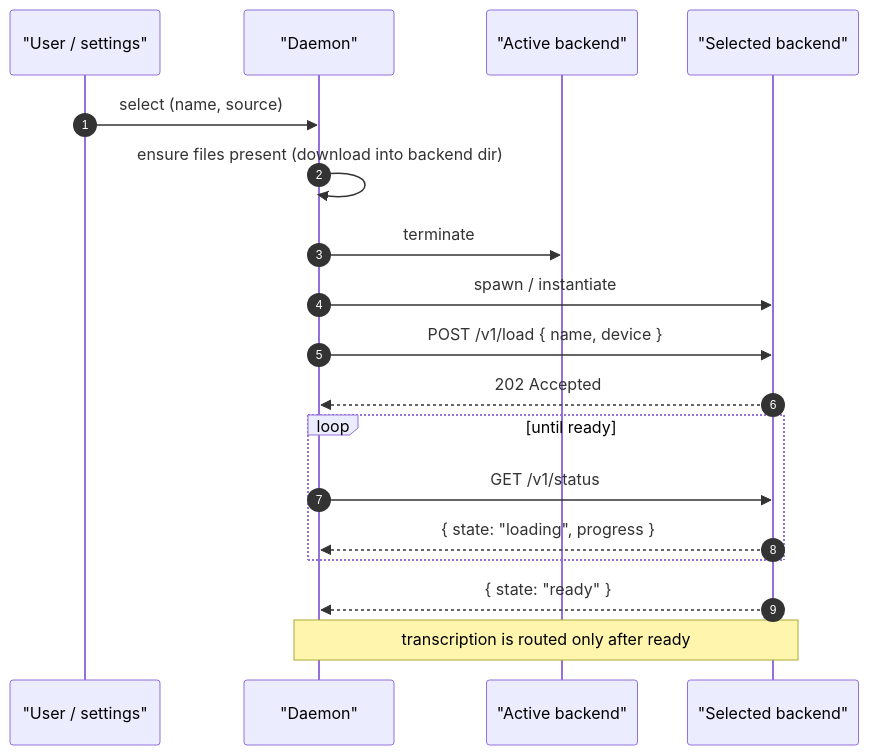
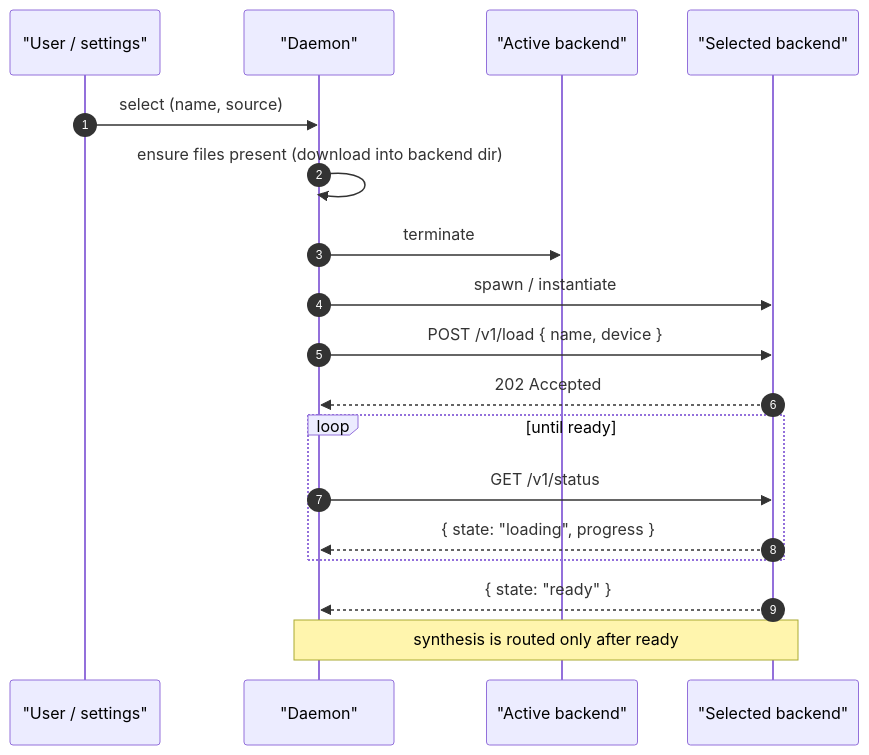
The second of 2 diagrams in docs/protocol/backend/contract.md (super-libre/super-tts), drawn with Mermaid before and after one commit. The commit also changed other lines of this file and 268 other files, not shown here.

````diff
--- a/docs/protocol/backend/contract.md
+++ b/docs/protocol/backend/contract.md
@@ -388,21 +391,21 @@
 ```mermaid
 sequenceDiagram
     autonumber
     participant U as "User / settings"
     participant D as "Daemon"
     participant A as "Active backend"
     participant B as "Selected backend"
 
     U->>D: select (name, source)
     D->>D: ensure files present (download into backend dir)
     D->>A: terminate
     D->>B: spawn / instantiate
     D->>B: POST /v1/load { name, device }
     B-->>D: 202 Accepted
     loop until ready
         D->>B: GET /v1/status
         B-->>D: { state: "loading", progress }
     end
     B-->>D: { state: "ready" }
-    Note over D,B: transcription is routed only after ready
+    Note over D,B: synthesis is routed only after ready
 ```
````
